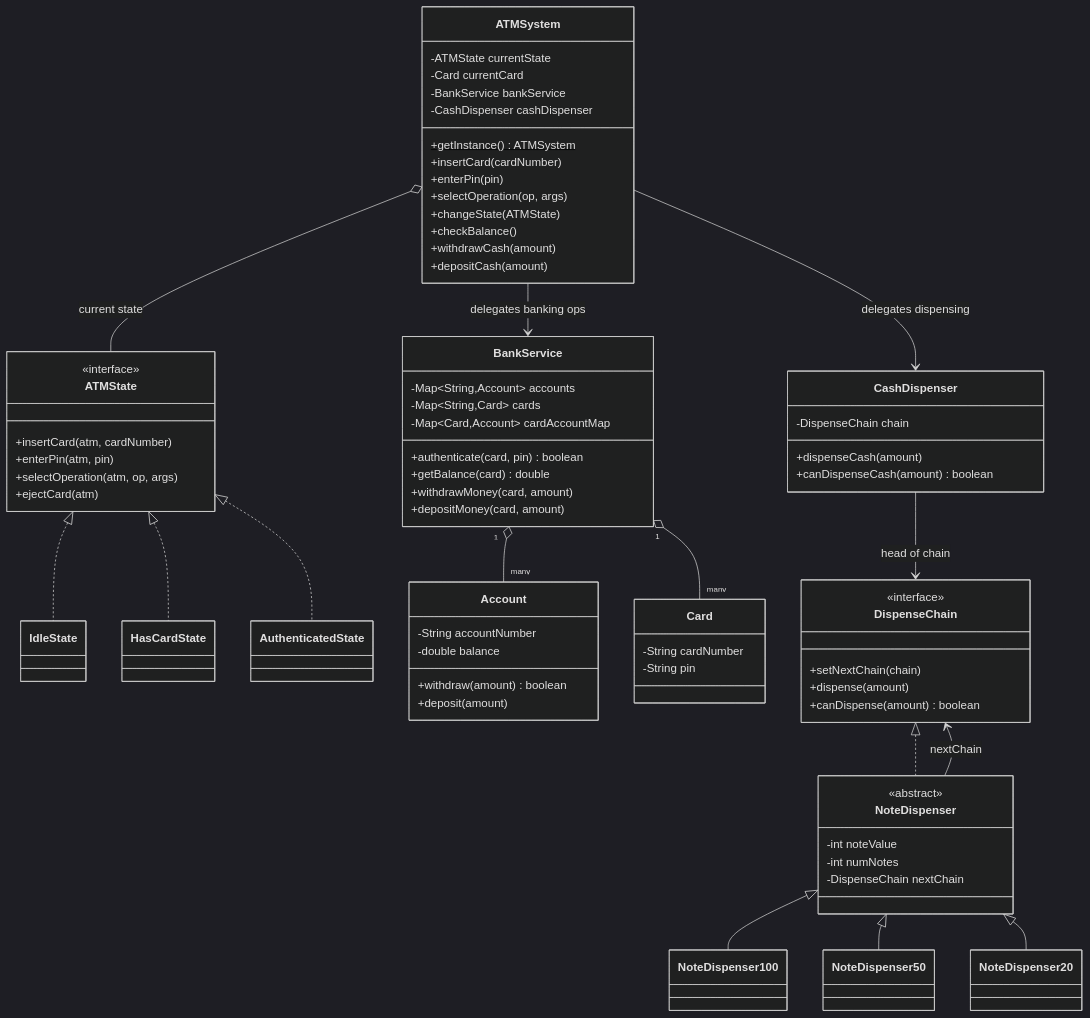
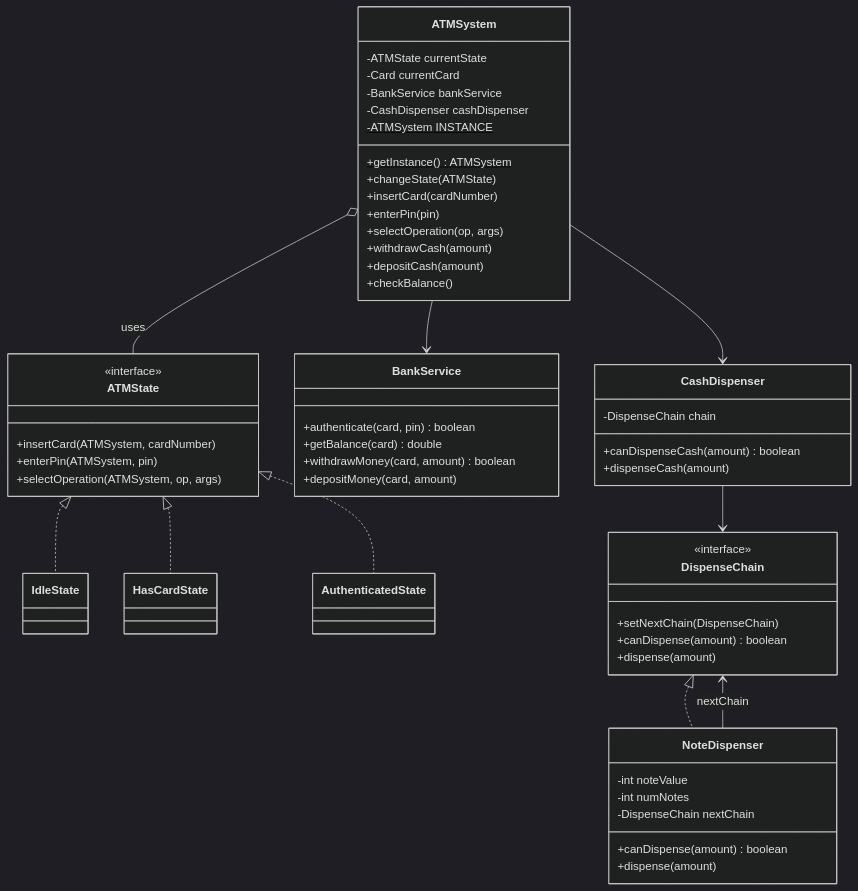
Before and after one commit to bhargavtenali/awesome-low-level-design: the first of 4 diagrams in solutions/java/src/atm/atm-lld-interview-prep.md, drawn with Mermaid (dark theme). The commit also changed other lines of this file and 23 other files, not shown here.

````diff
--- a/solutions/java/src/atm/atm-lld-interview-prep.md
+++ b/solutions/java/src/atm/atm-lld-interview-prep.md
@@ -130,23 +132,24 @@
         -Card currentCard
         -BankService bankService
         -CashDispenser cashDispenser
+        -ATMSystem INSTANCE$
         +getInstance() ATMSystem$
+        +changeState(ATMState)
         +insertCard(cardNumber)
         +enterPin(pin)
         +selectOperation(op, args)
-        +changeState(ATMState)
-        +checkBalance()
         +withdrawCash(amount)
         +depositCash(amount)
+        +checkBalance()
     }
 
     class ATMState {
         <<interface>>
-        +insertCard(atm, cardNumber)
-        +enterPin(atm, pin)
-        +selectOperation(atm, op, args)
-        +ejectCard(atm)
+        +insertCard(ATMSystem, cardNumber)
+        +enterPin(ATMSystem, pin)
+        +selectOperation(ATMSystem, op, args)
     }
+
     class IdleState
     class HasCardState
     class AuthenticatedState
@@ -154,58 +157,39 @@
     ATMState <|.. IdleState
     ATMState <|.. HasCardState
     ATMState <|.. AuthenticatedState
-    ATMSystem o-- ATMState : current state
+    ATMSystem o-- ATMState: uses
 
     class BankService {
-        -Map~String,Account~ accounts
-        -Map~String,Card~ cards
-        -Map~Card,Account~ cardAccountMap
         +authenticate(card, pin) boolean
         +getBalance(card) double
-        +withdrawMoney(card, amount)
+        +withdrawMoney(card, amount) boolean
         +depositMoney(card, amount)
     }
-    class Account {
-        -String accountNumber
-        -double balance
-        +withdraw(amount) boolean
-        +deposit(amount)
-    }
-    class Card {
-        -String cardNumber
-        -String pin
-    }
-
-    BankService "1" o-- "many" Account
-    BankService "1" o-- "many" Card
-    ATMSystem --> BankService : delegates banking ops
 
     class CashDispenser {
         -DispenseChain chain
+        +canDispenseCash(amount) boolean
         +dispenseCash(amount)
-        +canDispenseCash(amount) boolean
     }
+
     class DispenseChain {
         <<interface>>
-        +setNextChain(chain)
+        +setNextChain(DispenseChain)
+        +canDispense(amount) boolean
         +dispense(amount)
-        +canDispense(amount) boolean
     }
+
     class NoteDispenser {
-        <<abstract>>
         -int noteValue
         -int numNotes
         -DispenseChain nextChain
+        +canDispense(amount) boolean
+        +dispense(amount)
     }
-    class NoteDispenser100
-    class NoteDispenser50
-    class NoteDispenser20
 
     DispenseChain <|.. NoteDispenser
-    NoteDispenser <|-- NoteDispenser100
-    NoteDispenser <|-- NoteDispenser50
-    NoteDispenser <|-- NoteDispenser20
-    NoteDispenser --> DispenseChain : nextChain
-    ATMSystem --> CashDispenser : delegates dispensing
-    CashDispenser --> DispenseChain : head of chain
+    NoteDispenser --> DispenseChain: nextChain
+    ATMSystem --> BankService
+    ATMSystem --> CashDispenser
+    CashDispenser --> DispenseChain
 ```
````
